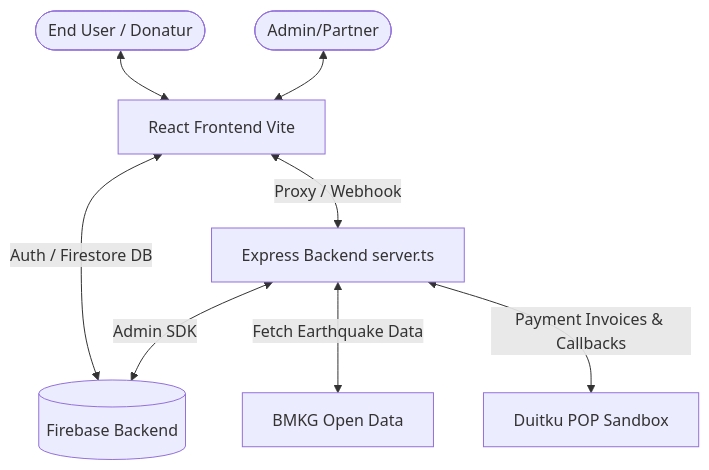
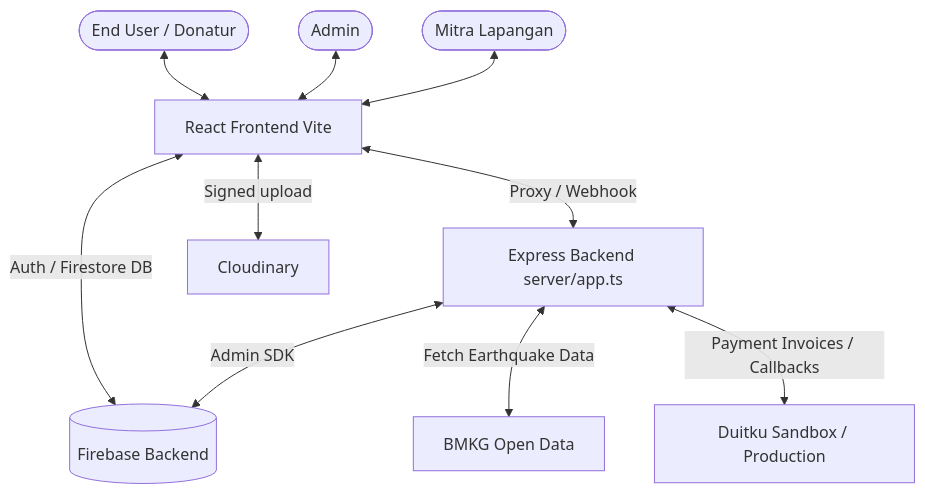
The diagram in docs/ARCHITECTURE.md (malvinjauhari/bersamakita), drawn with Mermaid before and after one commit. The commit also changed other lines of this file and 14 other files, not shown here.

````diff
--- a/docs/ARCHITECTURE.md
+++ b/docs/ARCHITECTURE.md
@@ -13,12 +14,14 @@
 ```mermaid
 graph TD
     User([End User / Donatur]) <--> Frontend[React Frontend Vite]
-    Admin([Admin/Partner]) <--> Frontend
-    
+    Admin([Admin]) <--> Frontend
+    Partner([Mitra Lapangan]) <--> Frontend
+
     Frontend <--> |Auth / Firestore DB| Firebase[(Firebase Backend)]
-    Frontend <--> |Proxy / Webhook| Backend[Express Backend server.ts]
+    Frontend <--> |Proxy / Webhook| Backend[Express Backend server/app.ts]
 
     Backend <--> |Fetch Earthquake Data| BMKG[BMKG Open Data]
-    Backend <--> |Payment Invoices & Callbacks| Duitku[Duitku POP Sandbox]
+    Backend <--> |Payment Invoices / Callbacks| Duitku[Duitku Sandbox / Production]
     Backend <--> |Admin SDK| Firebase
+    Frontend <--> |Signed upload| Cloudinary[Cloudinary]
 ```
````
